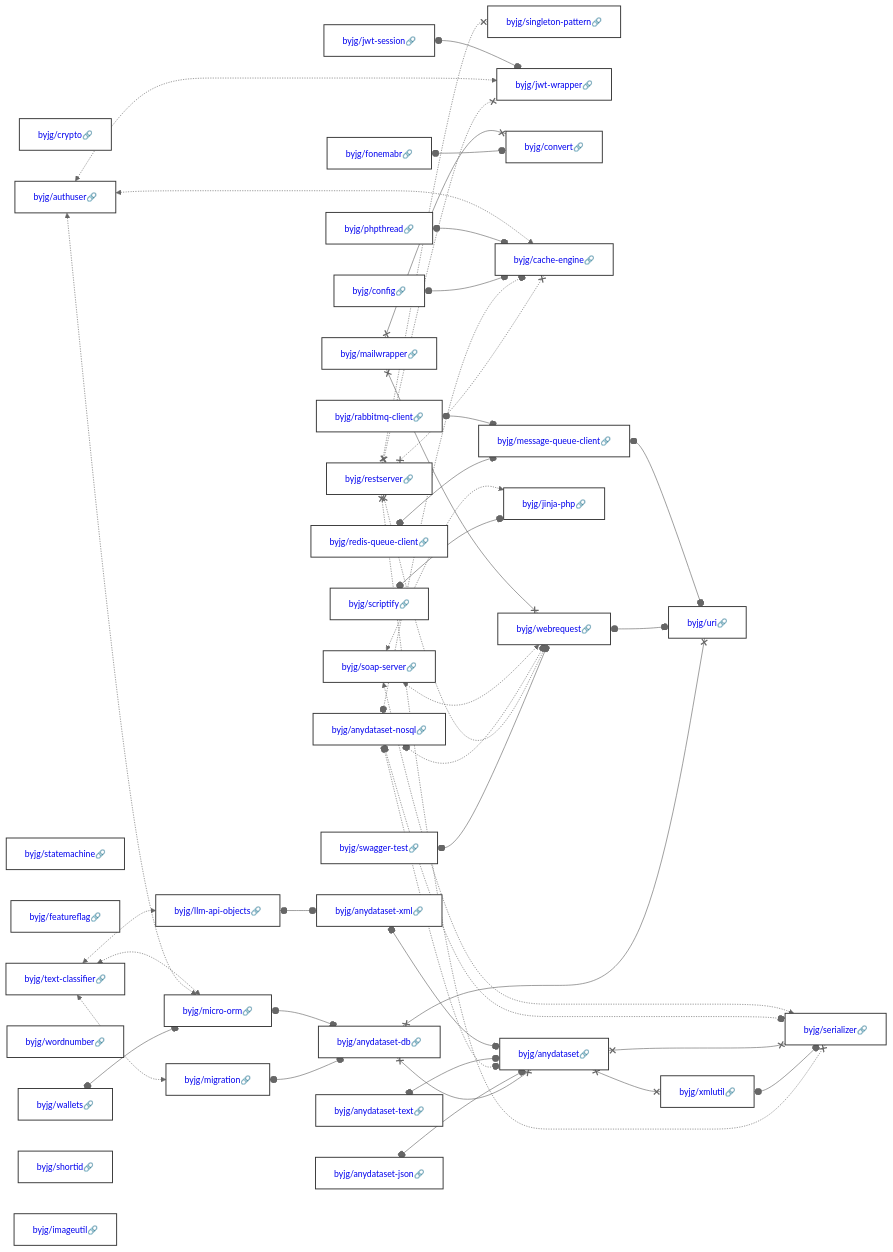
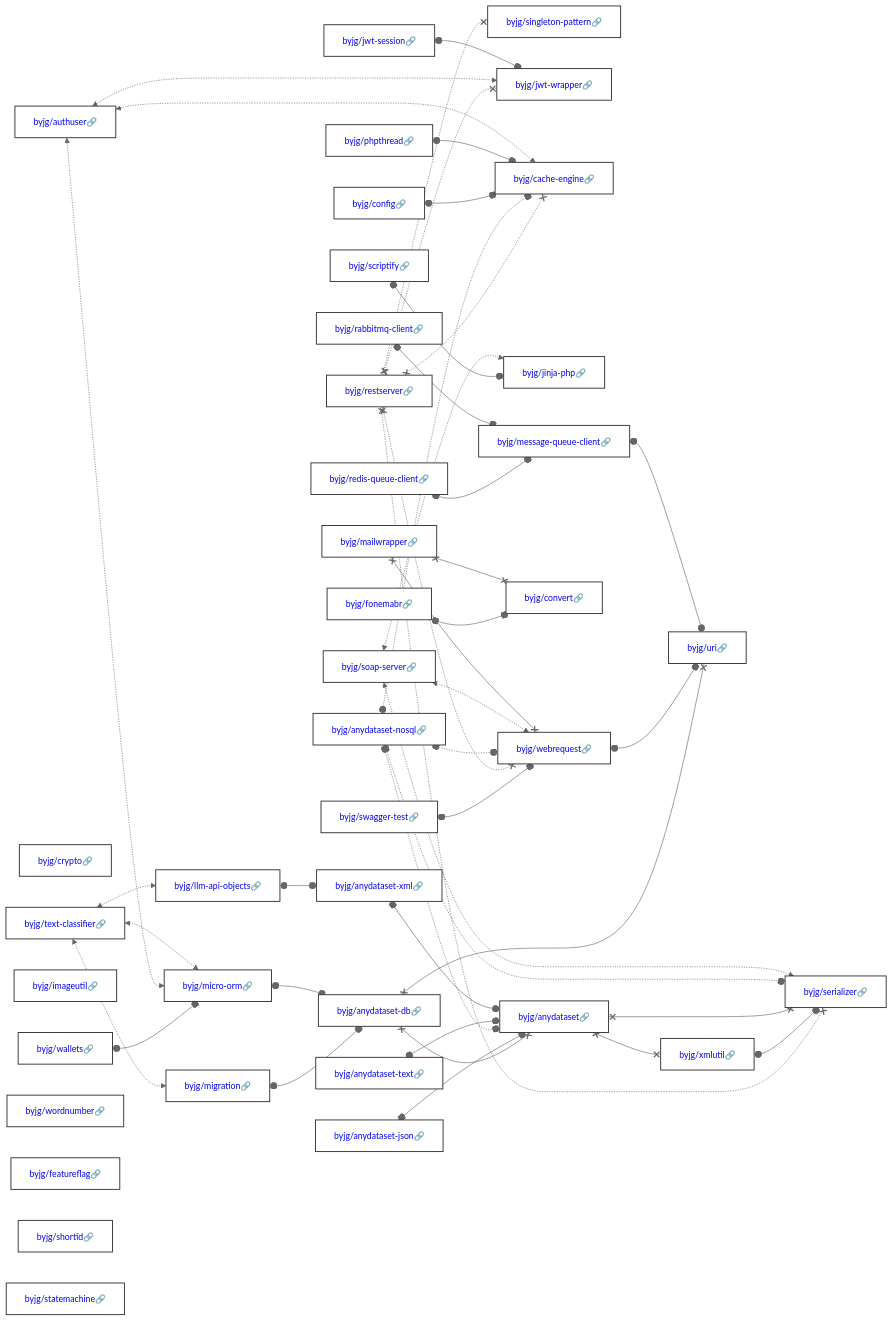
Before and after one commit to byjg/byjg.github.io: the diagram in docs/php/README.md, drawn with Mermaid (neutral theme). The commit also changed other lines of this file, not shown here.

Commit message:
Update documentation 'php' 'php-gluo'

````diff
--- a/docs/php/README.md
+++ b/docs/php/README.md
@@ -3,37 +3,37 @@
 ```mermaid
 graph LR;
-  byjg/config[<a href='https://opensource.byjg.com/docs/php/config' style='text-decoration:none'>byjg/config🔗</a>];
+  byjg/restserver[<a href='https://opensource.byjg.com/docs/php/restserver' style='text-decoration:none'>byjg/restserver🔗</a>];
+  byjg/anydataset-text[<a href='https://opensource.byjg.com/docs/php/anydataset-text' style='text-decoration:none'>byjg/anydataset-text🔗</a>];
+  byjg/jwt-session[<a href='https://opensource.byjg.com/docs/php/jwt-session' style='text-decoration:none'>byjg/jwt-session🔗</a>];
+  byjg/wallets[<a href='https://opensource.byjg.com/docs/php/wallets' style='text-decoration:none'>byjg/wallets🔗</a>];
   byjg/crypto[<a href='https://opensource.byjg.com/docs/php/crypto' style='text-decoration:none'>byjg/crypto🔗</a>];
-  byjg/scriptify[<a href='https://opensource.byjg.com/docs/php/scriptify' style='text-decoration:none'>byjg/scriptify🔗</a>];
+  byjg/rabbitmq-client[<a href='https://opensource.byjg.com/docs/php/rabbitmq-client' style='text-decoration:none'>byjg/rabbitmq-client🔗</a>];
   byjg/text-classifier[<a href='https://opensource.byjg.com/docs/php/text-classifier' style='text-decoration:none'>byjg/text-classifier🔗</a>];
-  byjg/restserver[<a href='https://opensource.byjg.com/docs/php/restserver' style='text-decoration:none'>byjg/restserver🔗</a>];
-  byjg/statemachine[<a href='https://opensource.byjg.com/docs/php/statemachine' style='text-decoration:none'>byjg/statemachine🔗</a>];
-  byjg/anydataset-json[<a href='https://opensource.byjg.com/docs/php/anydataset-json' style='text-decoration:none'>byjg/anydataset-json🔗</a>];
-  byjg/rabbitmq-client[<a href='https://opensource.byjg.com/docs/php/rabbitmq-client' style='text-decoration:none'>byjg/rabbitmq-client🔗</a>];
-  byjg/featureflag[<a href='https://opensource.byjg.com/docs/php/featureflag' style='text-decoration:none'>byjg/featureflag🔗</a>];
-  byjg/mailwrapper[<a href='https://opensource.byjg.com/docs/php/mailwrapper' style='text-decoration:none'>byjg/mailwrapper🔗</a>];
-  byjg/wallets[<a href='https://opensource.byjg.com/docs/php/wallets' style='text-decoration:none'>byjg/wallets🔗</a>];
-  byjg/wordnumber[<a href='https://opensource.byjg.com/docs/php/wordnumber' style='text-decoration:none'>byjg/wordnumber🔗</a>];
-  byjg/jwt-session[<a href='https://opensource.byjg.com/docs/php/jwt-session' style='text-decoration:none'>byjg/jwt-session🔗</a>];
+  byjg/imageutil[<a href='https://opensource.byjg.com/docs/php/imageutil' style='text-decoration:none'>byjg/imageutil🔗</a>];
   byjg/authuser[<a href='https://opensource.byjg.com/docs/php/authuser' style='text-decoration:none'>byjg/authuser🔗</a>];
   byjg/anydataset-nosql[<a href='https://opensource.byjg.com/docs/php/anydataset-nosql' style='text-decoration:none'>byjg/anydataset-nosql🔗</a>];
+  byjg/wordnumber[<a href='https://opensource.byjg.com/docs/php/wordnumber' style='text-decoration:none'>byjg/wordnumber🔗</a>];
+  byjg/swagger-test[<a href='https://opensource.byjg.com/docs/php/swagger-test' style='text-decoration:none'>byjg/swagger-test🔗</a>];
+  byjg/fonemabr[<a href='https://opensource.byjg.com/docs/php/fonemabr' style='text-decoration:none'>byjg/fonemabr🔗</a>];
+  byjg/featureflag[<a href='https://opensource.byjg.com/docs/php/featureflag' style='text-decoration:none'>byjg/featureflag🔗</a>];
+  byjg/phpthread[<a href='https://opensource.byjg.com/docs/php/phpthread' style='text-decoration:none'>byjg/phpthread🔗</a>];
+  byjg/anydataset-json[<a href='https://opensource.byjg.com/docs/php/anydataset-json' style='text-decoration:none'>byjg/anydataset-json🔗</a>];
+  byjg/scriptify[<a href='https://opensource.byjg.com/docs/php/scriptify' style='text-decoration:none'>byjg/scriptify🔗</a>];
+  byjg/config[<a href='https://opensource.byjg.com/docs/php/config' style='text-decoration:none'>byjg/config🔗</a>];
   byjg/shortid[<a href='https://opensource.byjg.com/docs/php/shortid' style='text-decoration:none'>byjg/shortid🔗</a>];
-  byjg/imageutil[<a href='https://opensource.byjg.com/docs/php/imageutil' style='text-decoration:none'>byjg/imageutil🔗</a>];
-  byjg/fonemabr[<a href='https://opensource.byjg.com/docs/php/fonemabr' style='text-decoration:none'>byjg/fonemabr🔗</a>];
-  byjg/phpthread[<a href='https://opensource.byjg.com/docs/php/phpthread' style='text-decoration:none'>byjg/phpthread🔗</a>];
+  byjg/soap-server[<a href='https://opensource.byjg.com/docs/php/soap-server' style='text-decoration:none'>byjg/soap-server🔗</a>];
+  byjg/statemachine[<a href='https://opensource.byjg.com/docs/php/statemachine' style='text-decoration:none'>byjg/statemachine🔗</a>];
   byjg/redis-queue-client[<a href='https://opensource.byjg.com/docs/php/redis-queue-client' style='text-decoration:none'>byjg/redis-queue-client🔗</a>];
-  byjg/soap-server[<a href='https://opensource.byjg.com/docs/php/soap-server' style='text-decoration:none'>byjg/soap-server🔗</a>];
-  byjg/anydataset-text[<a href='https://opensource.byjg.com/docs/php/anydataset-text' style='text-decoration:none'>byjg/anydataset-text🔗</a>];
-  byjg/swagger-test[<a href='https://opensource.byjg.com/docs/php/swagger-test' style='text-decoration:none'>byjg/swagger-test🔗</a>];
+  byjg/mailwrapper[<a href='https://opensource.byjg.com/docs/php/mailwrapper' style='text-decoration:none'>byjg/mailwrapper🔗</a>];
+  byjg/singleton-pattern[<a href='https://opensource.byjg.com/docs/php/singleton-pattern' style='text-decoration:none'>byjg/singleton-pattern🔗</a>];
   byjg/migration[<a href='https://opensource.byjg.com/docs/php/migration' style='text-decoration:none'>byjg/migration🔗</a>];
   byjg/llm-api-objects[<a href='https://opensource.byjg.com/docs/php/llm-api-objects' style='text-decoration:none'>byjg/llm-api-objects🔗</a>];
-  byjg/singleton-pattern[<a href='https://opensource.byjg.com/docs/php/singleton-pattern' style='text-decoration:none'>byjg/singleton-pattern🔗</a>];
   byjg/micro-orm[<a href='https://opensource.byjg.com/docs/php/micro-orm' style='text-decoration:none'>byjg/micro-orm🔗</a>];
   byjg/jwt-wrapper[<a href='https://opensource.byjg.com/docs/php/jwt-wrapper' style='text-decoration:none'>byjg/jwt-wrapper🔗</a>];
+  byjg/cache-engine[<a href='https://opensource.byjg.com/docs/php/cache-engine' style='text-decoration:none'>byjg/cache-engine🔗</a>];
+  byjg/jinja-php[<a href='https://opensource.byjg.com/docs/php/jinja-php' style='text-decoration:none'>byjg/jinja-php🔗</a>];
+  byjg/message-queue-client[<a href='https://opensource.byjg.com/docs/php/message-queue-client' style='text-decoration:none'>byjg/message-queue-client🔗</a>];
   byjg/convert[<a href='https://opensource.byjg.com/docs/php/convert' style='text-decoration:none'>byjg/convert🔗</a>];
-  byjg/cache-engine[<a href='https://opensource.byjg.com/docs/php/cache-engine' style='text-decoration:none'>byjg/cache-engine🔗</a>];
-  byjg/message-queue-client[<a href='https://opensource.byjg.com/docs/php/message-queue-client' style='text-decoration:none'>byjg/message-queue-client🔗</a>];
-  byjg/jinja-php[<a href='https://opensource.byjg.com/docs/php/jinja-php' style='text-decoration:none'>byjg/jinja-php🔗</a>];
   byjg/webrequest[<a href='https://opensource.byjg.com/docs/php/webrequest' style='text-decoration:none'>byjg/webrequest🔗</a>];
   byjg/anydataset-xml[<a href='https://opensource.byjg.com/docs/php/anydataset-xml' style='text-decoration:none'>byjg/anydataset-xml🔗</a>];
   byjg/anydataset-db[<a href='https://opensource.byjg.com/docs/php/anydataset-db' style='text-decoration:none'>byjg/anydataset-db🔗</a>];
````
